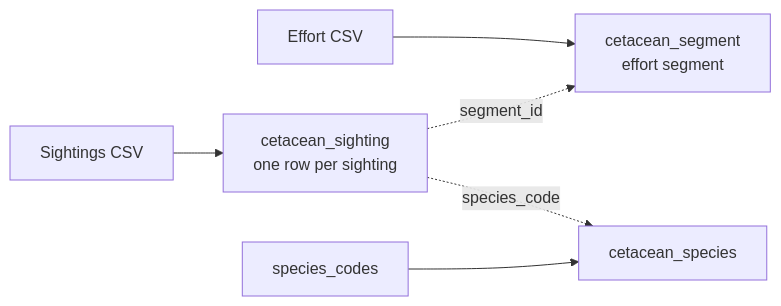
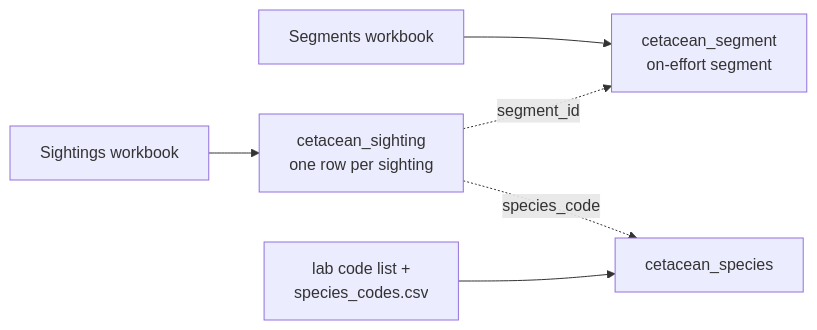
Before and after one commit to CalCOFI/workflows: the diagram in ingest_sio_cetacean-sightings.qmd, drawn with Mermaid. The commit also changed other lines of this file and 9 other files, not shown here.

````diff
--- a/ingest_sio_cetacean-sightings.qmd
+++ b/ingest_sio_cetacean-sightings.qmd
@@ -79,8 +89,8 @@
 ```{mermaid}
 graph LR
-  E[Effort CSV] --> SG[cetacean_segment<br/>effort segment]
-  S[Sightings CSV] --> SI[cetacean_sighting<br/>one row per sighting]
-  C[species_codes] --> SP[cetacean_species]
+  E[Segments workbook] --> SG[cetacean_segment<br/>on-effort segment]
+  S[Sightings workbook] --> SI[cetacean_sighting<br/>one row per sighting]
+  C[lab code list +<br/>species_codes.csv] --> SP[cetacean_species]
   SI -.segment_id.-> SG
   SI -.species_code.-> SP
 ```
````
